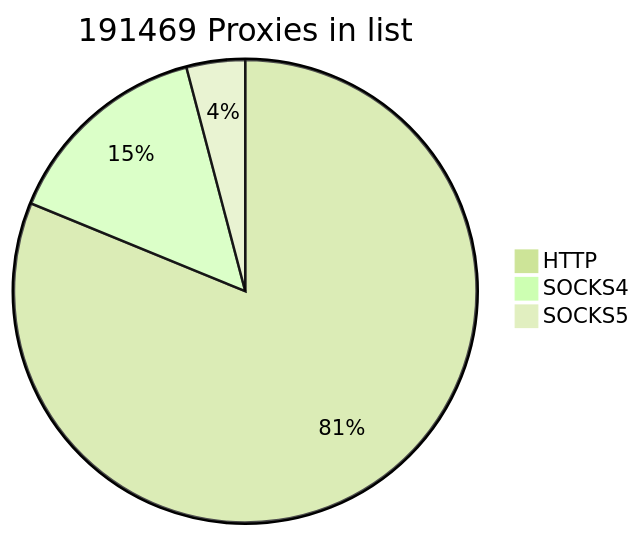
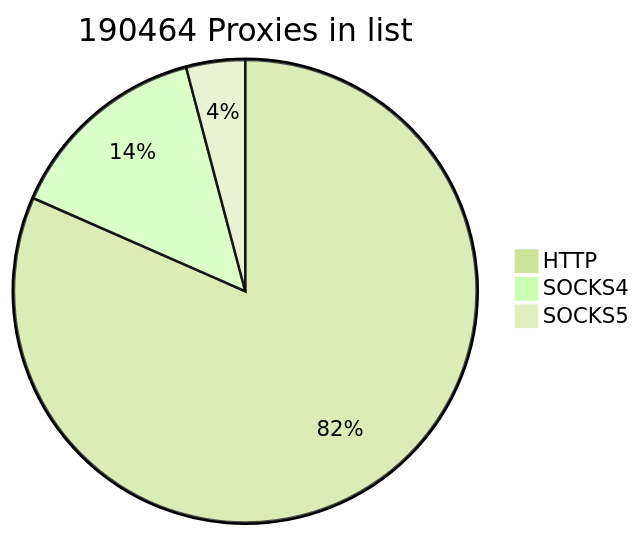
Before and after one commit to cutipu/proxylist: the first of 2 diagrams in README.md, drawn with Mermaid (forest theme). The commit also changed other lines of this file, not shown here.

````diff
--- a/README.md
+++ b/README.md
@@ -2,7 +2,7 @@
 ```mermaid
-pie title 191469 Proxies in list
-    "HTTP" : 155461
-    "SOCKS4" : 28175
+pie title 190464 Proxies in list
+    "HTTP" : 155394
+    "SOCKS4" : 27237
     "SOCKS5" : 7833
             
 ```
````
